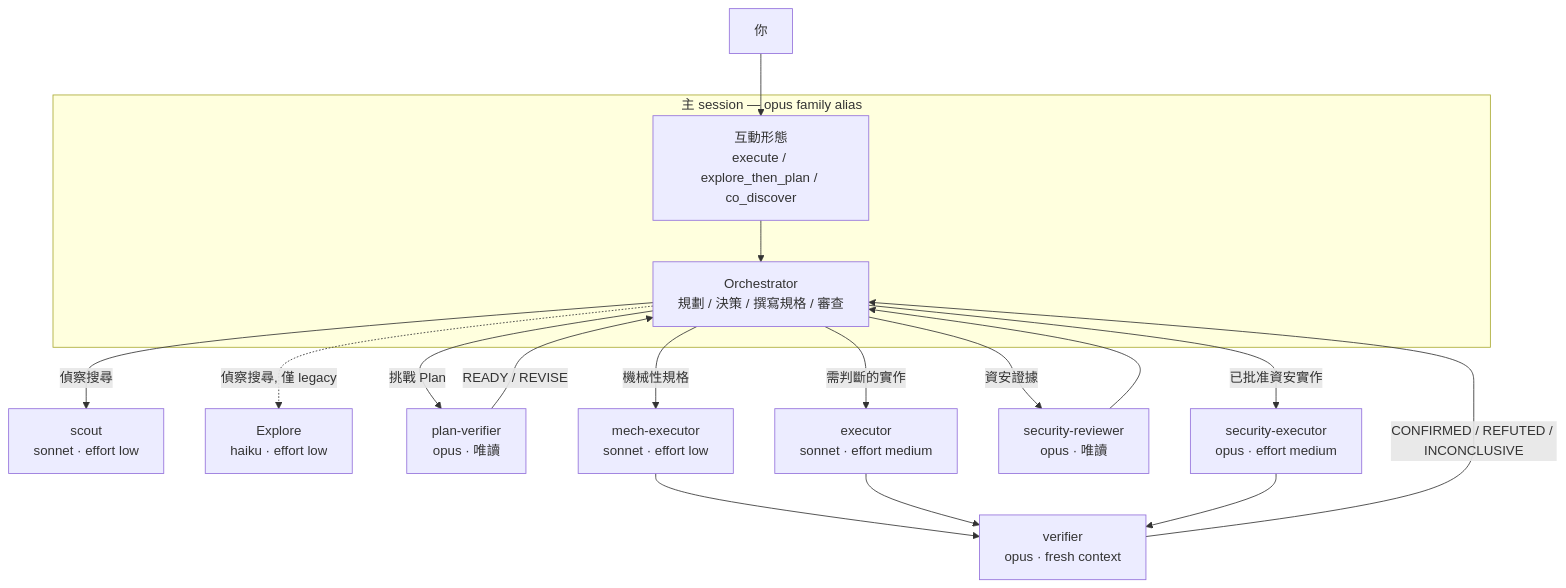
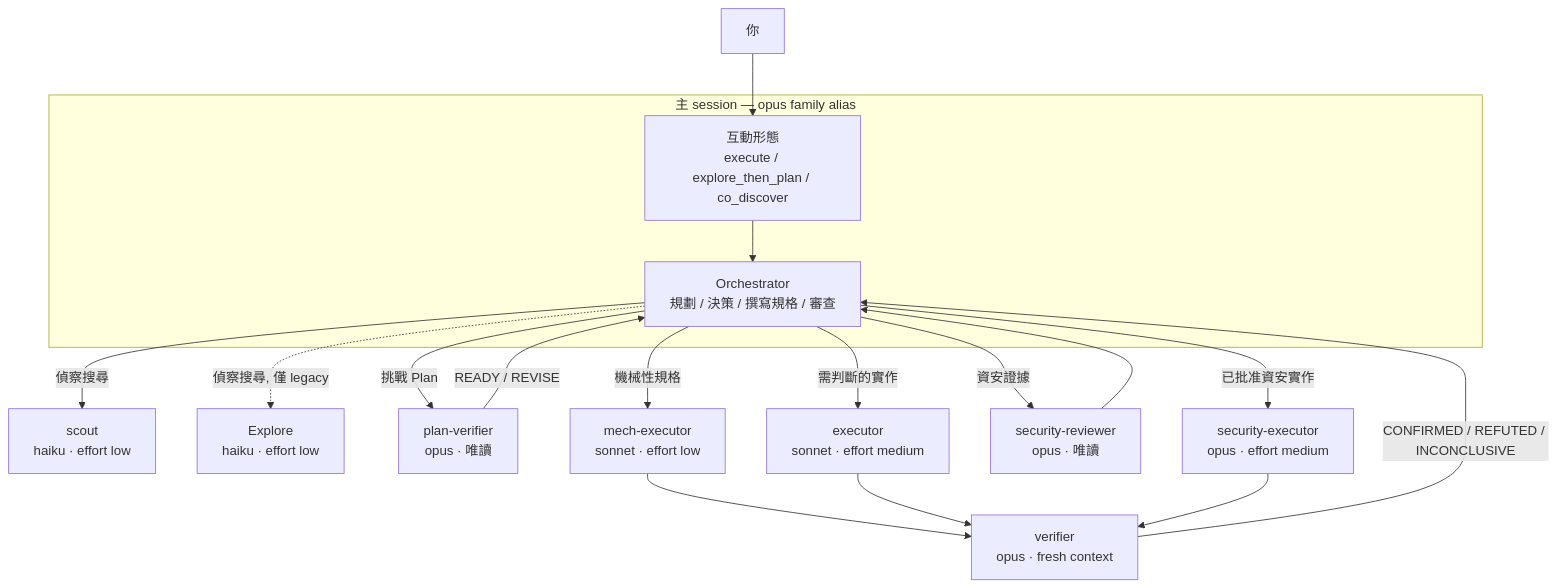
The diagram in README.zh-TW.md (Nanako0129/pilotfish), drawn with Mermaid before and after one commit. The commit also changed other lines of this file and 48 other files, not shown here.

````diff
--- a/README.zh-TW.md
+++ b/README.zh-TW.md
@@ -51,32 +51,32 @@
 ```mermaid
 flowchart TD
     U["你"] --> I
     subgraph MAIN["主 session — opus family alias"]
         I["互動形態
 execute / explore_then_plan / co_discover"]
         I --> O
         O["Orchestrator
 規劃 / 決策 / 撰寫規格 / 審查"]
     end
     O -->|偵察搜尋| S["scout
-sonnet · effort low"]
+haiku · effort low"]
     O -.->|偵察搜尋, 僅 legacy| X["Explore
 haiku · effort low"]
     O -->|挑戰 Plan| PV["plan-verifier
 opus · 唯讀"]
     PV -->|READY / REVISE| O
     O -->|機械性規格| M["mech-executor
 sonnet · effort low"]
     O -->|需判斷的實作| E["executor
 sonnet · effort medium"]
     O -->|資安證據| SR["security-reviewer
 opus · 唯讀"]
     SR --> O
     O -->|已批准資安實作| SEC["security-executor
 opus · effort medium"]
     M --> V["verifier
 opus · fresh context"]
     E --> V
     SEC --> V
     V -->|CONFIRMED / REFUTED / INCONCLUSIVE| O
 ```
````
